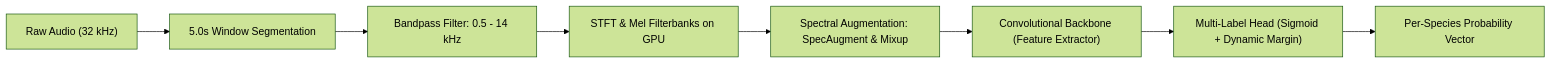
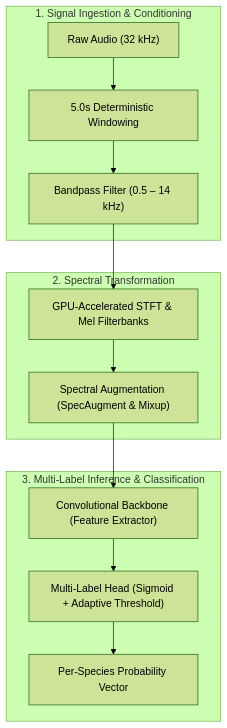
The diagram in content/investigacion-ia/birdclef-acustica.en.md (LuzuJ/LuzuJ.github.io), drawn with Mermaid (forest theme) before and after one commit. The commit also changed 4 other files, not shown here.

Commit message:
fix(diagrams): convert horizontal pipeline chains to multi-stage vertical flowcharts for full typography legibility

````diff
--- a/content/investigacion-ia/birdclef-acustica.en.md
+++ b/content/investigacion-ia/birdclef-acustica.en.md
@@ -22,10 +22,18 @@
 ```mermaid
-flowchart LR
-    Audio["Raw Audio (32 kHz)"] --> Slicer["5.0s Window Segmentation"]
-    Slicer --> Filter["Bandpass Filter: 0.5 - 14 kHz"]
-    Filter --> STFT["STFT & Mel Filterbanks on GPU"]
-    STFT --> Aug["Spectral Augmentation: SpecAugment & Mixup"]
-    Aug --> Backbone["Convolutional Backbone (Feature Extractor)"]
-    Backbone --> MultiLabel["Multi-Label Head (Sigmoid + Dynamic Margin)"]
-    MultiLabel --> Out["Per-Species Probability Vector"]
+flowchart TD
+    subgraph S1 ["1. Signal Ingestion & Conditioning"]
+        Audio["Raw Audio (32 kHz)"] --> Slicer["5.0s Deterministic Windowing"]
+        Slicer --> Filter["Bandpass Filter (0.5 – 14 kHz)"]
+    end
+
+    subgraph S2 ["2. Spectral Transformation"]
+        Filter --> STFT["GPU-Accelerated STFT & Mel Filterbanks"]
+        STFT --> Aug["Spectral Augmentation (SpecAugment & Mixup)"]
+    end
+
+    subgraph S3 ["3. Multi-Label Inference & Classification"]
+        Aug --> Backbone["Convolutional Backbone (Feature Extractor)"]
+        Backbone --> MultiLabel["Multi-Label Head (Sigmoid + Adaptive Threshold)"]
+        MultiLabel --> Out["Per-Species Probability Vector"]
+    end
 ```
````
